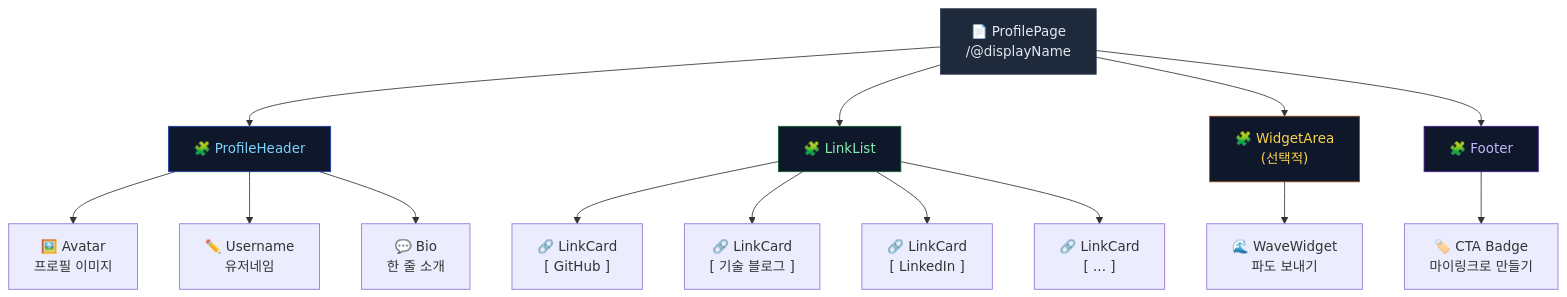
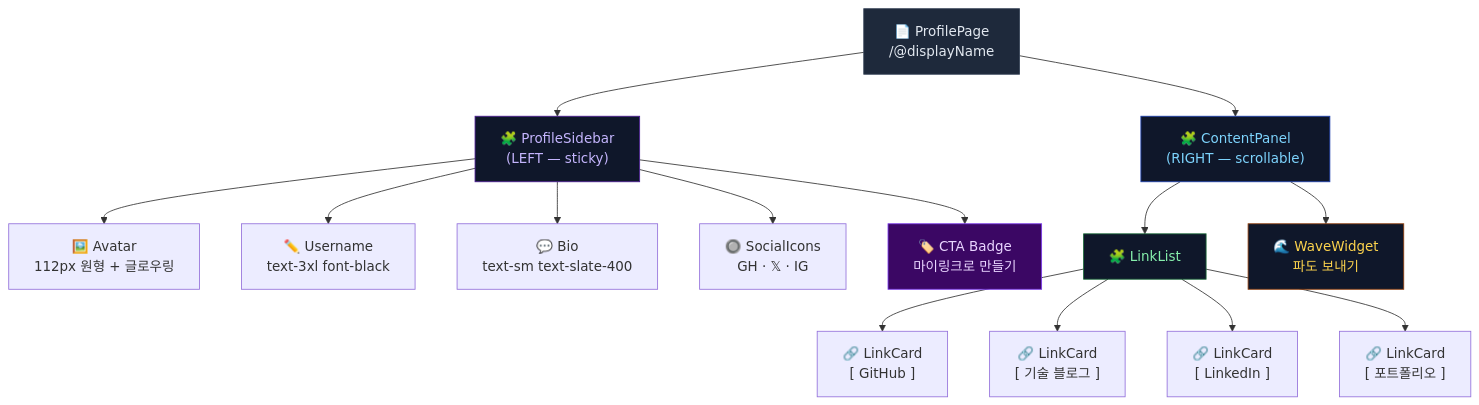
One commit to gotsla1288/my-link changed the first of 4 diagrams in docs/wireframe-visitor.md. Above: the diagram before and after it, drawn with Mermaid. The commit also changed other lines of this file and 2 other files, not shown here.

````diff
--- a/docs/wireframe-visitor.md
+++ b/docs/wireframe-visitor.md
@@ -35,28 +54,28 @@
 ```mermaid
 graph TD
     Page["📄 ProfilePage\n/@displayName"]
 
-    Page --> Header["🧩 ProfileHeader"]
-    Page --> LinkList["🧩 LinkList"]
-    Page --> Widget["🧩 WidgetArea\n(선택적)"]
-    Page --> Footer["🧩 Footer"]
+    Page --> Sidebar["🧩 ProfileSidebar\n(LEFT — sticky)"]
+    Page --> Content["🧩 ContentPanel\n(RIGHT — scrollable)"]
 
-    Header --> Avatar["🖼️ Avatar\n프로필 이미지"]
-    Header --> UserName["✏️ Username\n유저네임"]
-    Header --> Bio["💬 Bio\n한 줄 소개"]
+    Sidebar --> Avatar["🖼️ Avatar\n112px 원형 + 글로우링"]
+    Sidebar --> UserName["✏️ Username\ntext-3xl font-black"]
+    Sidebar --> Bio["💬 Bio\ntext-sm text-slate-400"]
+    Sidebar --> SocialIcons["🔘 SocialIcons\nGH · 𝕏 · IG"]
+    Sidebar --> CTABadge["🏷️ CTA Badge\n마이링크로 만들기"]
+
+    Content --> LinkList["🧩 LinkList"]
+    Content --> WaveWidget["🌊 WaveWidget\n파도 보내기"]
 
     LinkList --> LinkCard1["🔗 LinkCard\n[ GitHub ]"]
     LinkList --> LinkCard2["🔗 LinkCard\n[ 기술 블로그 ]"]
     LinkList --> LinkCard3["🔗 LinkCard\n[ LinkedIn ]"]
-    LinkList --> LinkCardN["🔗 LinkCard\n[ ... ]"]
-
-    Widget --> WaveWidget["🌊 WaveWidget\n파도 보내기"]
-
-    Footer --> CTABadge["🏷️ CTA Badge\n마이링크로 만들기"]
+    LinkList --> LinkCard4["🔗 LinkCard\n[ 포트폴리오 ]"]
 
     style Page fill:#1e293b,color:#e2e8f0,stroke:#334155
-    style Header fill:#0f172a,color:#7dd3fc,stroke:#1e40af
+    style Sidebar fill:#0f172a,color:#c4b5fd,stroke:#4c1d95
+    style Content fill:#0f172a,color:#7dd3fc,stroke:#1e40af
     style LinkList fill:#0f172a,color:#86efac,stroke:#166534
-    style Widget fill:#0f172a,color:#fcd34d,stroke:#92400e
-    style Footer fill:#0f172a,color:#c4b5fd,stroke:#4c1d95
+    style WaveWidget fill:#0f172a,color:#fcd34d,stroke:#92400e
+    style CTABadge fill:#3b0764,color:#e9d5ff,stroke:#7c3aed
 ```
````
